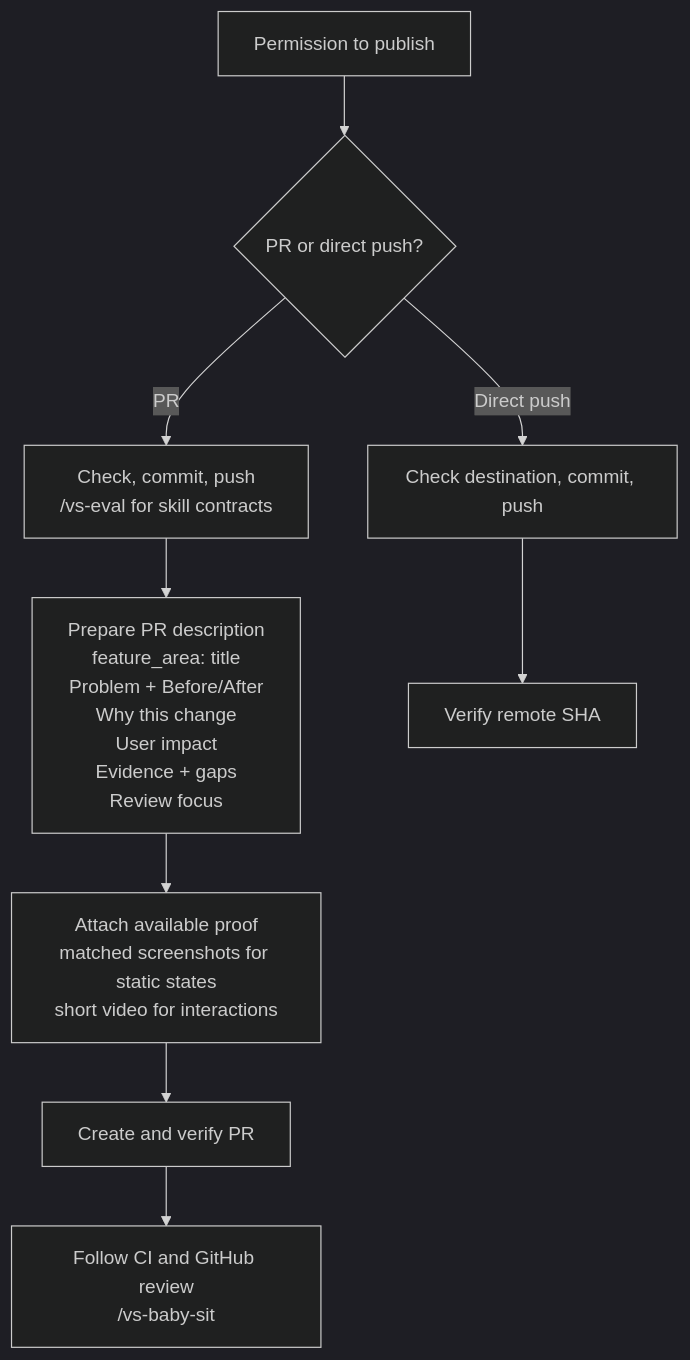
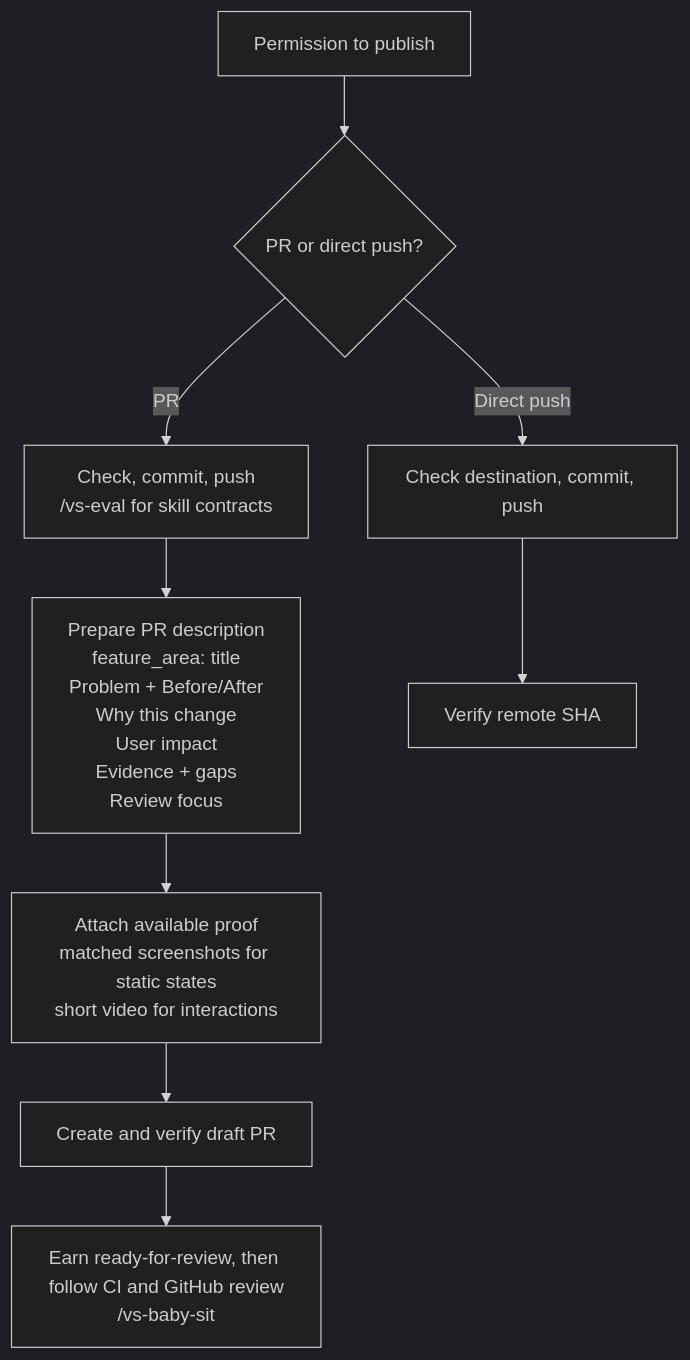
One commit to vltansky/vs changed the fourth of 4 diagrams in README.md. Above: the diagram before and after it, drawn with Mermaid (dark theme). The commit also changed other lines of this file and 16 other files, not shown here.

````diff
--- a/README.md
+++ b/README.md
@@ -102,9 +102,9 @@
 ```mermaid
 flowchart TD
     I[Permission to publish] --> D{PR or direct push?}
     D -- PR --> C["Check, commit, push<br/>/vs-eval for skill contracts"]
     C --> B["Prepare PR description<br/>feature_area: title<br/>Problem + Before/After<br/>Why this change<br/>User impact<br/>Evidence + gaps<br/>Review focus"]
     B --> M["Attach available proof<br/>matched screenshots for static states<br/>short video for interactions"]
-    M --> O[Create and verify PR] --> W["Follow CI and GitHub review<br/>/vs-baby-sit"]
+    M --> O[Create and verify draft PR] --> W["Earn ready-for-review, then follow CI and GitHub review<br/>/vs-baby-sit"]
     D -- Direct push --> F[Check destination, commit, push] --> S[Verify remote SHA]
 ```
````
